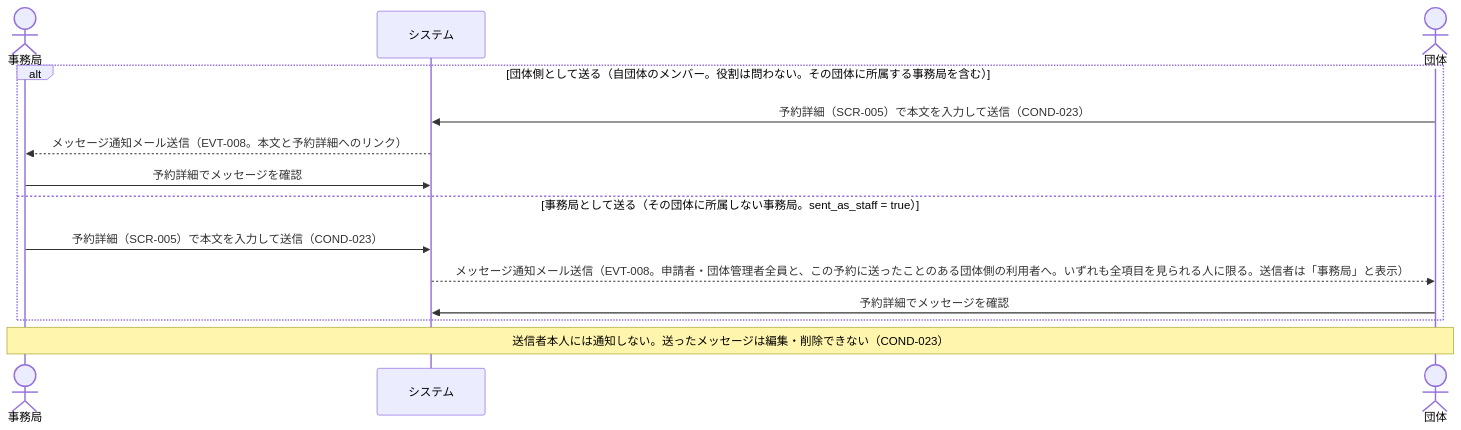
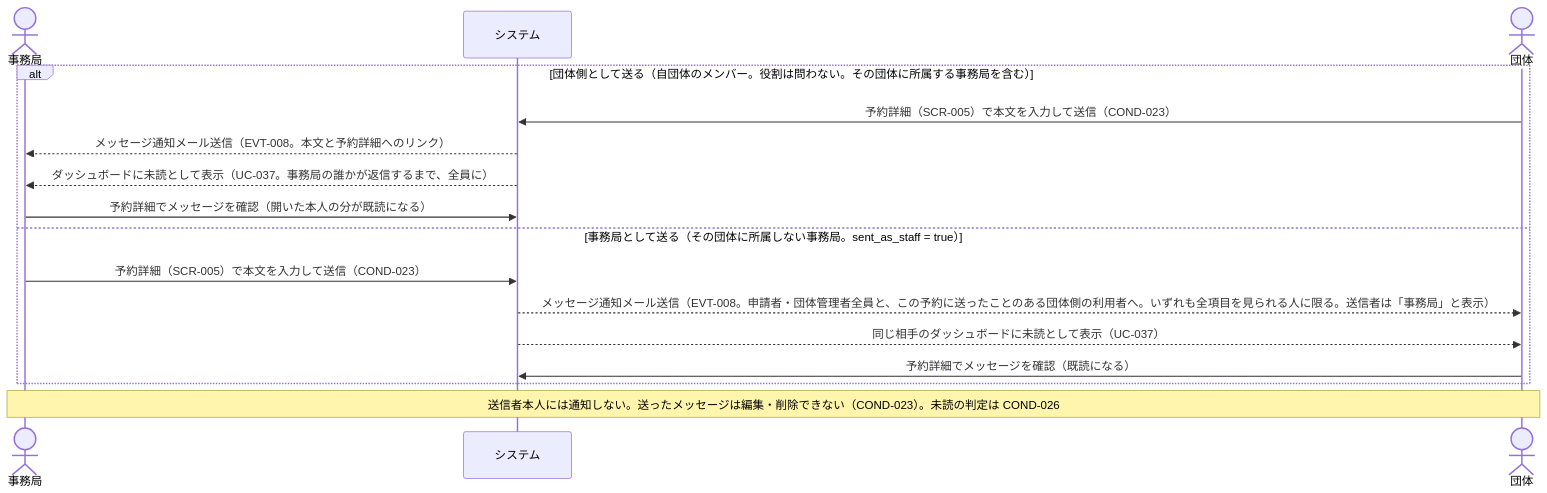
The fifth of 5 diagrams in rdra/contexts/reservation-approval.md (gdsc-osaka/iclub-reserve), drawn with Mermaid before and after one commit. The commit also changed other lines of this file and 8 other files, not shown here.

````diff
--- a/rdra/contexts/reservation-approval.md
+++ b/rdra/contexts/reservation-approval.md
@@ -256,17 +284,19 @@
 ```mermaid
 sequenceDiagram
     actor 事務局
     participant システム
     actor 団体
 
     alt 団体側として送る（自団体のメンバー。役割は問わない。その団体に所属する事務局を含む）
         団体->>システム: 予約詳細（SCR-005）で本文を入力して送信（COND-023）
         システム-->>事務局: メッセージ通知メール送信（EVT-008。本文と予約詳細へのリンク）
-        事務局->>システム: 予約詳細でメッセージを確認
+        システム-->>事務局: ダッシュボードに未読として表示（UC-037。事務局の誰かが返信するまで、全員に）
+        事務局->>システム: 予約詳細でメッセージを確認（開いた本人の分が既読になる）
     else 事務局として送る（その団体に所属しない事務局。sent_as_staff = true）
         事務局->>システム: 予約詳細（SCR-005）で本文を入力して送信（COND-023）
         システム-->>団体: メッセージ通知メール送信（EVT-008。申請者・団体管理者全員と、この予約に送ったことのある団体側の利用者へ。いずれも全項目を見られる人に限る。送信者は「事務局」と表示）
-        団体->>システム: 予約詳細でメッセージを確認
+        システム-->>団体: 同じ相手のダッシュボードに未読として表示（UC-037）
+        団体->>システム: 予約詳細でメッセージを確認（既読になる）
     end
-    Note over 事務局,団体: 送信者本人には通知しない。送ったメッセージは編集・削除できない（COND-023）
+    Note over 事務局,団体: 送信者本人には通知しない。送ったメッセージは編集・削除できない（COND-023）。未読の判定は COND-026
 ```
````
